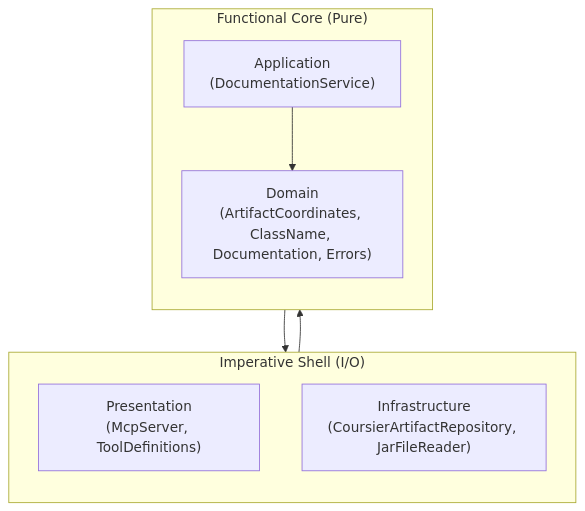
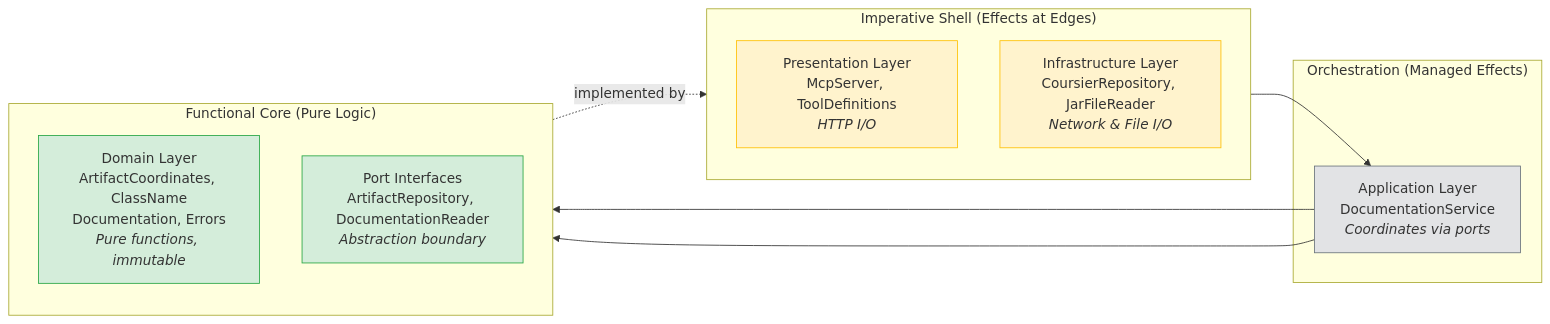
The fourth of 4 diagrams in project-management/issues/JMC-1/review-packet-phase-01.md (iterative-works/javadocs-mcp), drawn with Mermaid before and after one commit. The commit also changed other lines of this file and 4 other files, not shown here.

````diff
--- a/project-management/issues/JMC-1/review-packet-phase-01.md
+++ b/project-management/issues/JMC-1/review-packet-phase-01.md
@@ -158,18 +200,31 @@
 ```mermaid
-flowchart TB
-    subgraph Shell["Imperative Shell (I/O)"]
+flowchart LR
+    subgraph imperative["Imperative Shell (Effects at Edges)"]
         direction TB
-        P["Presentation<br/>(McpServer, ToolDefinitions)"]
-        I["Infrastructure<br/>(CoursierArtifactRepository, JarFileReader)"]
+        Presentation[Presentation Layer<br/>McpServer, ToolDefinitions<br/><i>HTTP I/O</i>]
+        Infrastructure[Infrastructure Layer<br/>CoursierRepository, JarFileReader<br/><i>Network & File I/O</i>]
     end
 
-    subgraph Core["Functional Core (Pure)"]
+    subgraph functional["Functional Core (Pure Logic)"]
         direction TB
-        A["Application<br/>(DocumentationService)"]
-        D["Domain<br/>(ArtifactCoordinates, ClassName, Documentation, Errors)"]
+        Domain[Domain Layer<br/>ArtifactCoordinates, ClassName<br/>Documentation, Errors<br/><i>Pure functions, immutable</i>]
+        Ports[Port Interfaces<br/>ArtifactRepository, DocumentationReader<br/><i>Abstraction boundary</i>]
     end
 
-    P --> A
-    A --> D
-    A --> I
+    subgraph orchestration["Orchestration (Managed Effects)"]
+        Application[Application Layer<br/>DocumentationService<br/><i>Coordinates via ports</i>]
+    end
+
+    Presentation --> Application
+    Application --> Ports
+    Ports -.implemented by.-> Infrastructure
+    Application --> Domain
+
+    classDef pure fill:#d4edda,stroke:#28a745
+    classDef effectful fill:#fff3cd,stroke:#ffc107
+    classDef boundary fill:#e2e3e5,stroke:#6c757d
+
+    class Domain,Ports pure
+    class Application boundary
+    class Presentation,Infrastructure effectful
 ```
````
